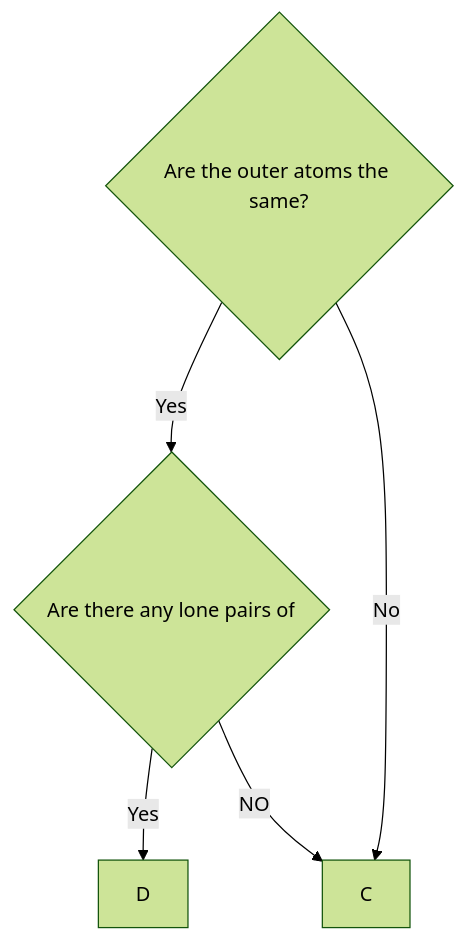
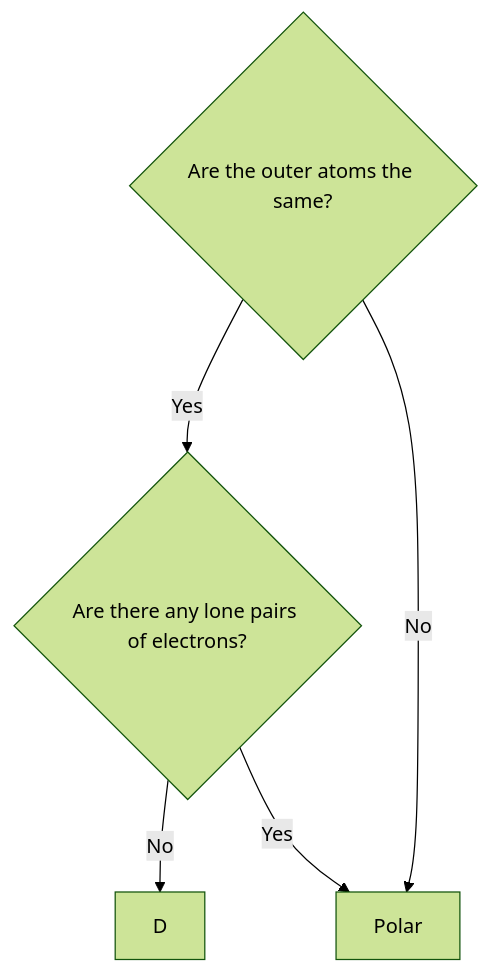
One commit to zadeviggers/notes changed the diagram in Electronegativity.md. Above: the diagram before and after it, drawn with Mermaid (forest theme).

Commit message:
auto notes sync @ 2022-03-21 20:46:59

````diff
--- a/Electronegativity.md
+++ b/Electronegativity.md
@@ -3,7 +3,8 @@
 ```mermaid
 graph TD;  
 	A{Are the outer atoms the same?}-->|Yes| B;
 	A-->|No| C;
-	B{Are there any lone pairs of }-->|Yes| D;
-	B-->|NO| C;
+	B{Are there any lone pairs of electrons?}-->|No| D;
+	B-->|Yes| C;
+	C[Polar]
 ```
````
